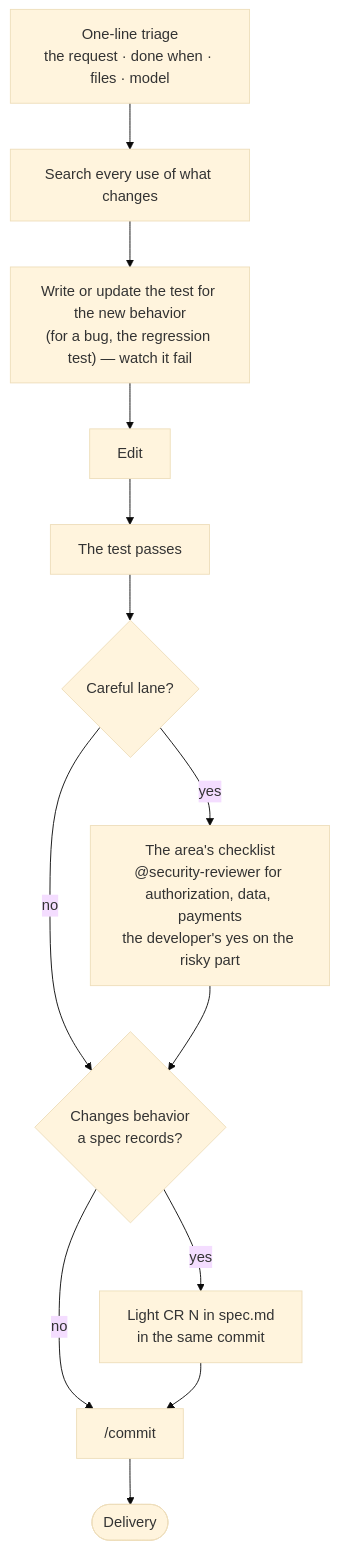
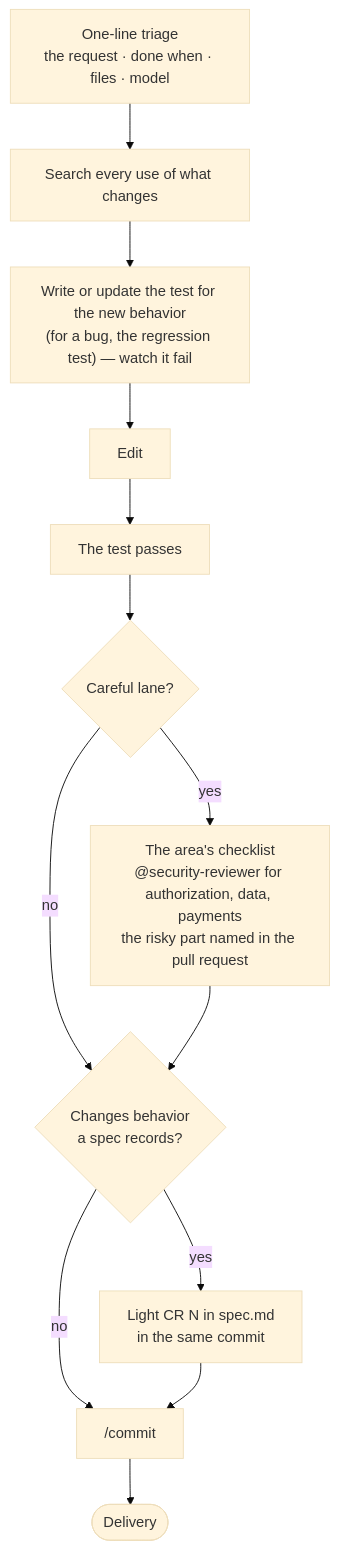
The second of 6 diagrams in README.md (Aplyca/AgenticDevelopmentFramework), drawn with Mermaid (base theme) before and after one commit. The commit also changed other lines of this file and 16 other files, not shown here.

````diff
--- a/README.md
+++ b/README.md
@@ -253,15 +253,15 @@
 ```mermaid
 flowchart TD
     line["One-line triage<br/>the request · done when · files · model"] --> search["Search every use of what changes"]
     search --> red["Write or update the test for the new behavior<br/>(for a bug, the regression test) — watch it fail"]
     red --> edit["Edit"]
     edit --> green["The test passes"]
     green --> iscareful{"Careful lane?"}
-    iscareful -->|yes| checklist["The area's checklist<br/>@security-reviewer for authorization, data, payments<br/>the developer's yes on the risky part"]
+    iscareful -->|yes| checklist["The area's checklist<br/>@security-reviewer for authorization, data, payments<br/>the risky part named in the pull request"]
     iscareful -->|no| recorded
     checklist --> recorded{"Changes behavior<br/>a spec records?"}
     recorded -->|yes| lightcr["Light CR N in spec.md<br/>in the same commit"]
     recorded -->|no| commitfast["/commit"]
     lightcr --> commitfast
     commitfast --> delivery(["Delivery"])
 ```
````
